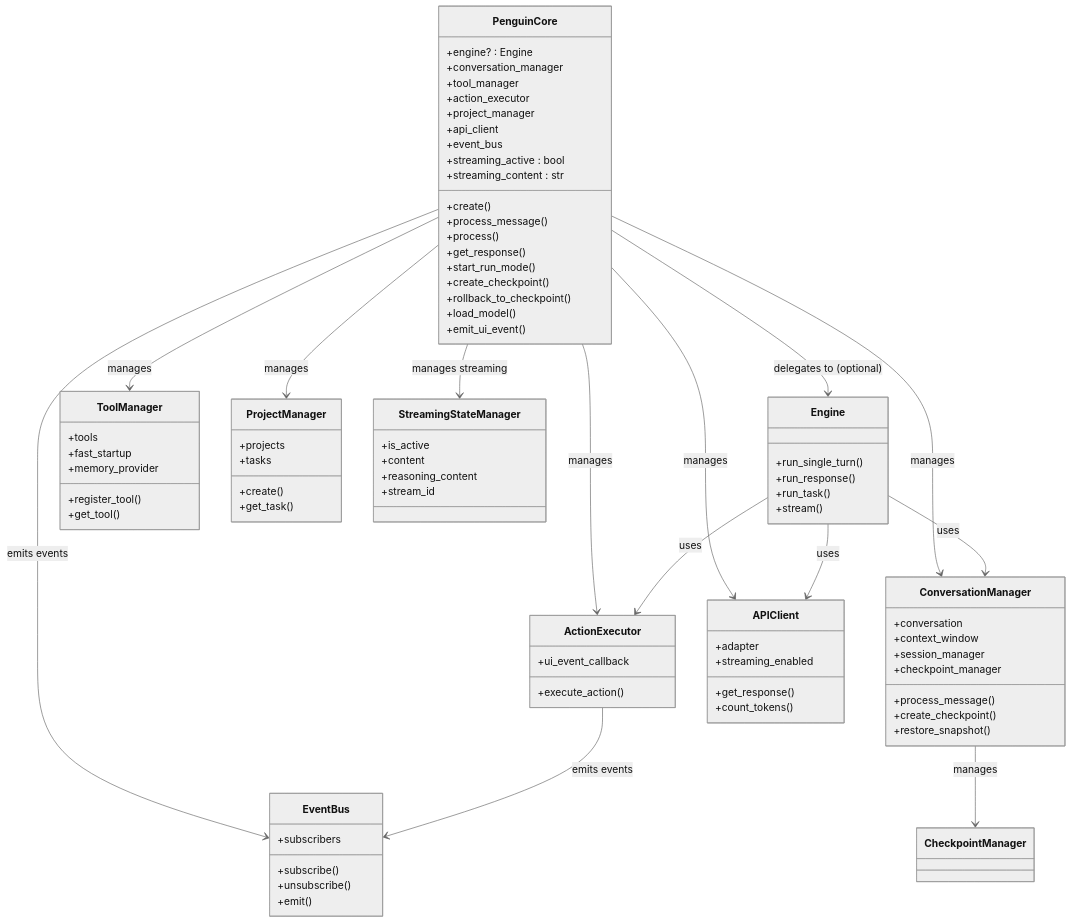
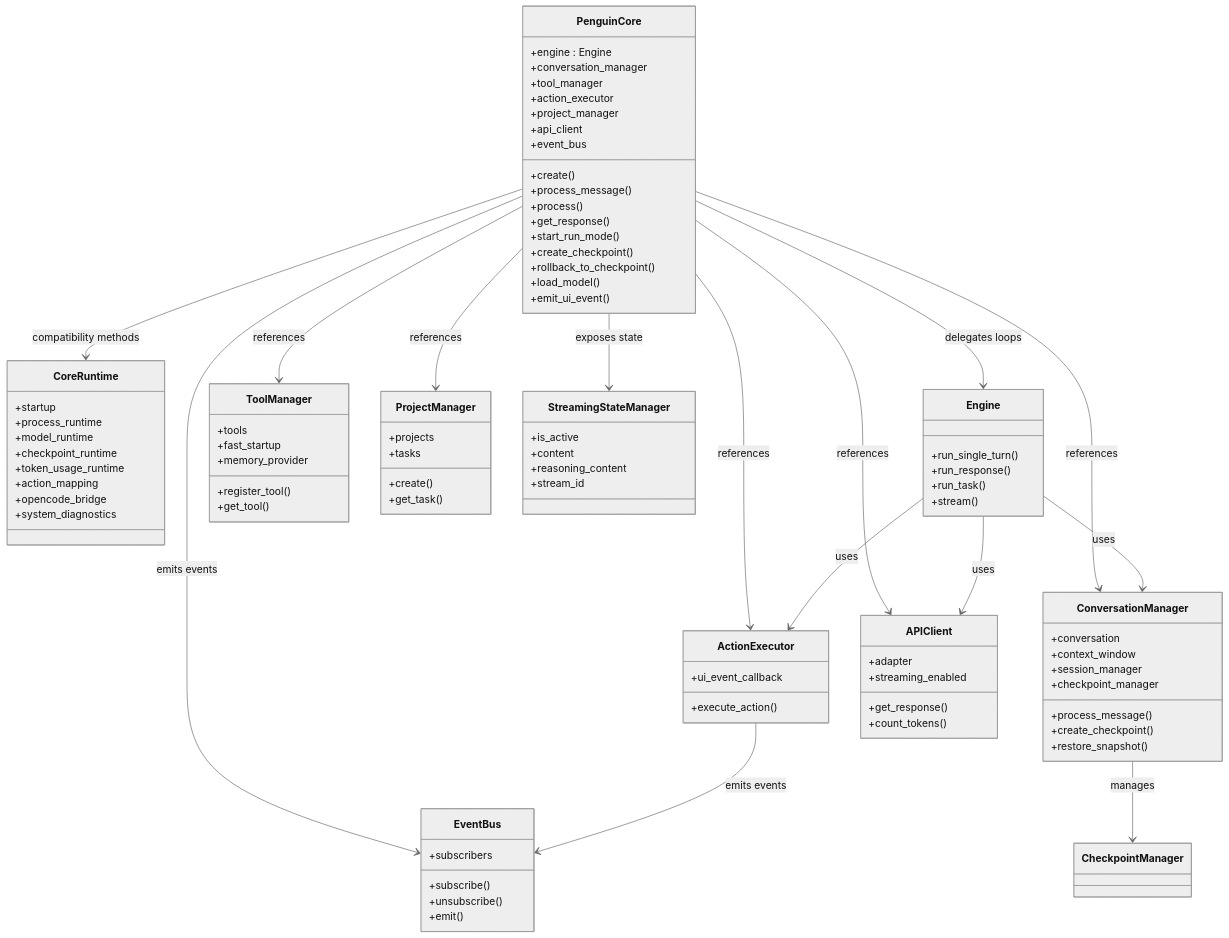
The first of 2 diagrams in docs/docs/api_reference/core.md (Maximooch/penguin), drawn with Mermaid (neutral theme) before and after one commit. The commit also changed other lines of this file and 191 other files, not shown here.

First line of the commit message:
Refactor PenguinCore runtime boundaries and sync durable event ledger (#67)

````diff
--- a/docs/docs/api_reference/core.md
+++ b/docs/docs/api_reference/core.md
@@ -29,15 +45,13 @@
 ```mermaid
 classDiagram
     class PenguinCore {
-        +engine? : Engine
+        +engine : Engine
         +conversation_manager
         +tool_manager
         +action_executor
         +project_manager
         +api_client
         +event_bus
-        +streaming_active : bool
-        +streaming_content : str
         +create()
         +process_message()
         +process()
@@ -47,6 +61,17 @@
         +rollback_to_checkpoint()
         +load_model()
         +emit_ui_event()
+    }
+
+    class CoreRuntime {
+        +startup
+        +process_runtime
+        +model_runtime
+        +checkpoint_runtime
+        +token_usage_runtime
+        +action_mapping
+        +opencode_bridge
+        +system_diagnostics
     }
 
     class Engine {
@@ -107,14 +132,15 @@
         +stream_id
     }
 
-    PenguinCore --> Engine : delegates to (optional)
-    PenguinCore --> ConversationManager : manages
-    PenguinCore --> ToolManager : manages
-    PenguinCore --> ActionExecutor : manages
-    PenguinCore --> ProjectManager : manages
-    PenguinCore --> APIClient : manages
+    PenguinCore --> CoreRuntime : compatibility methods
+    PenguinCore --> Engine : delegates loops
+    PenguinCore --> ConversationManager : references
+    PenguinCore --> ToolManager : references
+    PenguinCore --> ActionExecutor : references
+    PenguinCore --> ProjectManager : references
+    PenguinCore --> APIClient : references
     PenguinCore --> EventBus : emits events
-    PenguinCore --> StreamingStateManager : manages streaming
+    PenguinCore --> StreamingStateManager : exposes state
     Engine --> APIClient : uses
     Engine --> ActionExecutor : uses
     Engine --> ConversationManager : uses
````
